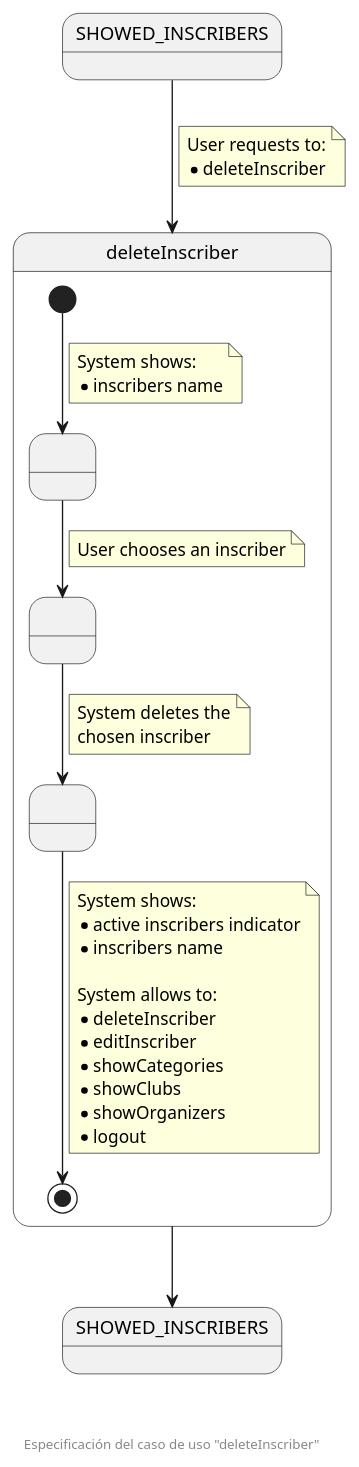
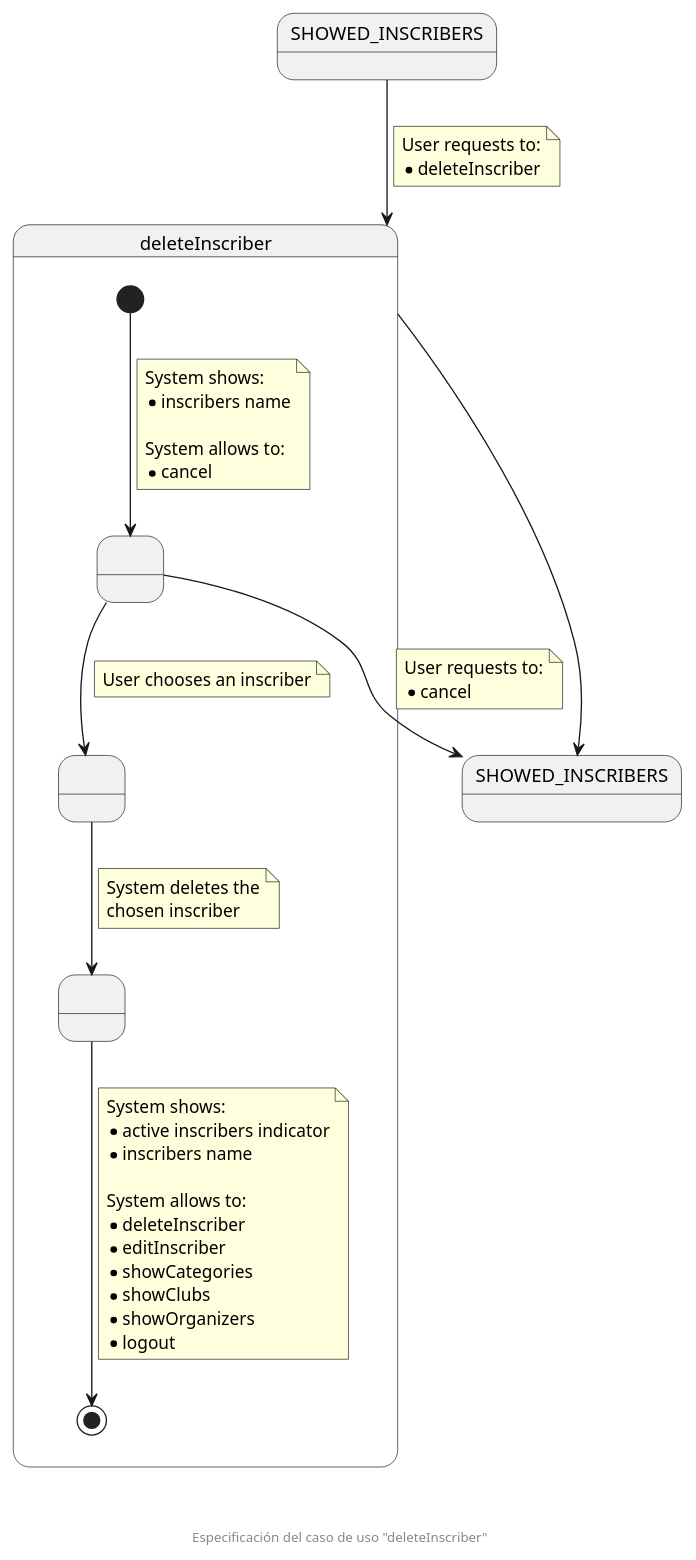
The diagram in documentation/diagrams/1_requirements/3_useCasesSpecification/organizationSecretary/11_deleteInscriber.puml (zuldare/mastercloud_pfm_halterocms), drawn with PlantUML before and after one commit.

Commit message:
Add ability to cancel

```diff
--- a/documentation/diagrams/1_requirements/3_useCasesSpecification/organizationSecretary/11_deleteInscriber.puml
+++ b/documentation/diagrams/1_requirements/3_useCasesSpecification/organizationSecretary/11_deleteInscriber.puml
@@ -1,53 +1,60 @@
 @startuml
 state SHOWED_INSCRIBERS
-
+state "SHOWED_INSCRIBERS" as SHOWED_INSCRIBERS_F
 state deleteInscriber {
   state " " as SHOWED_INSCRIBERS_TO_BE_DELETED
   state " " as CHOSEN_INSCRIBER
   state " " as INSCRIBER_DELETED
 
   [*] --> SHOWED_INSCRIBERS_TO_BE_DELETED
   note on link
     System shows:
     * inscribers name
+
+    System allows to:
+    * cancel
   end note
   
   SHOWED_INSCRIBERS_TO_BE_DELETED --> CHOSEN_INSCRIBER
   note on link
     User chooses an inscriber
+  end note
+
+  SHOWED_INSCRIBERS_TO_BE_DELETED --> SHOWED_INSCRIBERS_F
+  note on link
+    User requests to:
+    * cancel
   end note
 
   CHOSEN_INSCRIBER --> INSCRIBER_DELETED
   note on link
     System deletes the
     chosen inscriber
   end note
 
   INSCRIBER_DELETED --> [*]
   note on link
     System shows:
     * active inscribers indicator
     * inscribers name
 
     System allows to:
     * deleteInscriber
     * editInscriber
     * showCategories
     * showClubs
     * showOrganizers
     * logout
   end note
 }
 
-state "SHOWED_INSCRIBERS" as SHOWED_INSCRIBERS_F
-
 SHOWED_INSCRIBERS --> deleteInscriber
 note on link
   User requests to:
   * deleteInscriber
 end note
 
 deleteInscriber --> SHOWED_INSCRIBERS_F
 
 footer \n\n\n Especificación del caso de uso "deleteInscriber"
 @enduml
```
